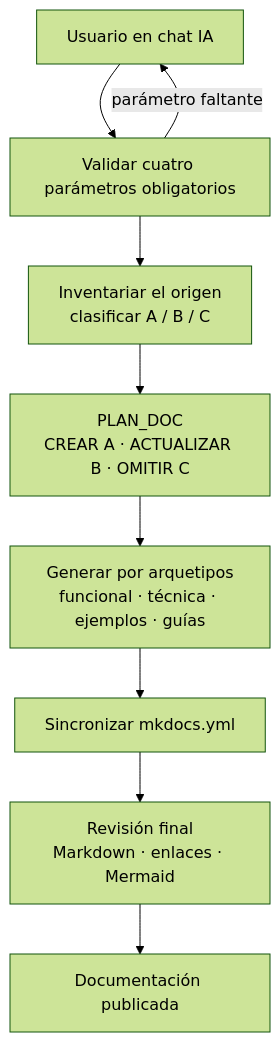
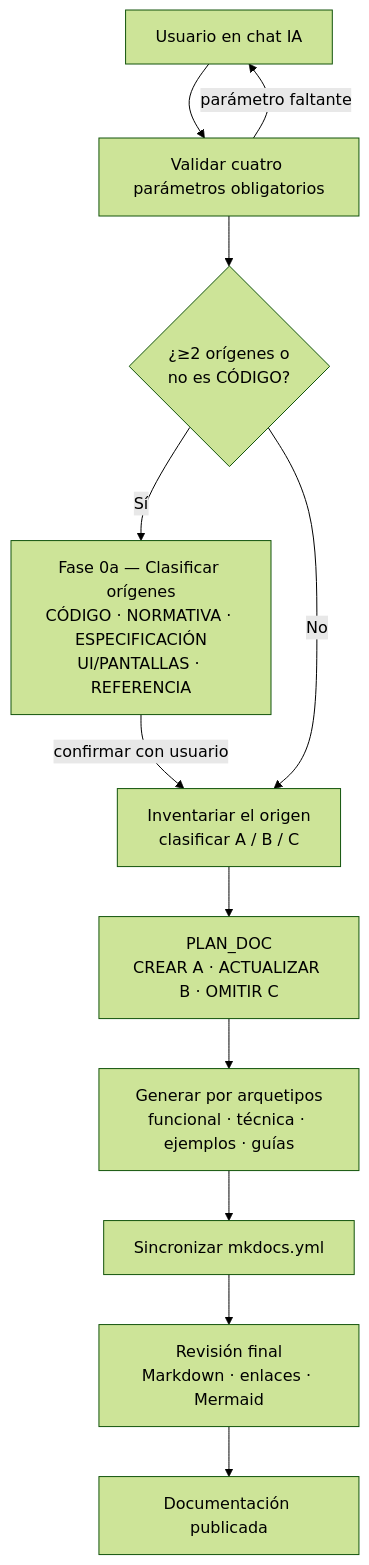
One commit to fmanza/doc_ia changed the diagram in docs/functional/document_project.md. Above: the diagram before and after it, drawn with Mermaid (forest theme). The commit also changed other lines of this file and 8 other files, not shown here.

````diff
--- a/docs/functional/document_project.md
+++ b/docs/functional/document_project.md
@@ -31,11 +37,14 @@
 ```mermaid
 flowchart TD
     U[Usuario en chat IA] --> V[Validar cuatro parámetros obligatorios]
     V -- parámetro faltante --> U
-    V --> I[Inventariar el origen<br/>clasificar A / B / C]
+    V --> CL{¿≥2 orígenes o\nno es CÓDIGO?}
+    CL -- Sí --> F0a[Fase 0a — Clasificar orígenes<br/>CÓDIGO · NORMATIVA · ESPECIFICACIÓN<br/>UI/PANTALLAS · REFERENCIA]
+    F0a -- confirmar con usuario --> I
+    CL -- No --> I[Inventariar el origen<br/>clasificar A / B / C]
     I --> P[PLAN_DOC<br/>CREAR A · ACTUALIZAR B · OMITIR C]
     P --> G[Generar por arquetipos<br/>funcional · técnica · ejemplos · guías]
     G --> N[Sincronizar mkdocs.yml]
     N --> R[Revisión final<br/>Markdown · enlaces · Mermaid]
     R --> D[Documentación publicada]
 ```
````
